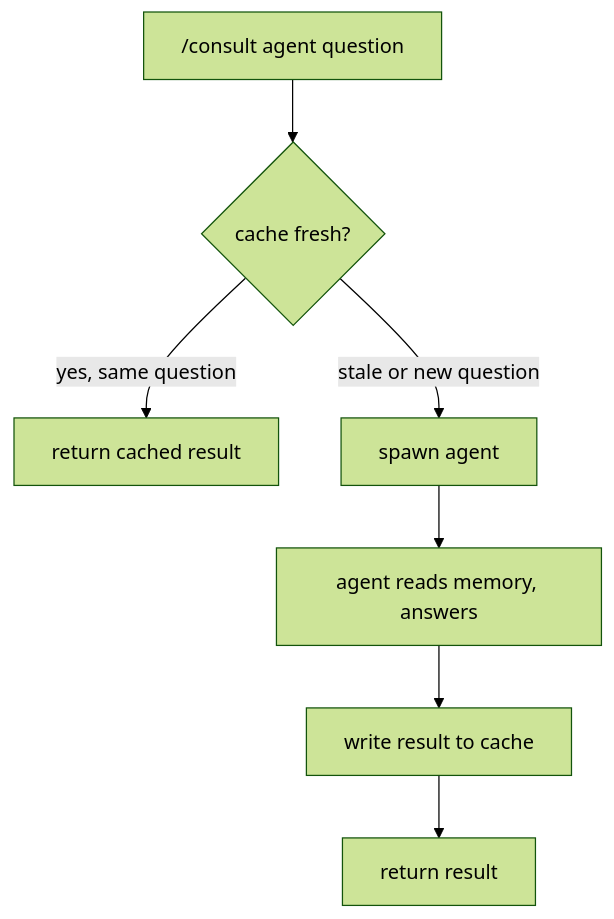
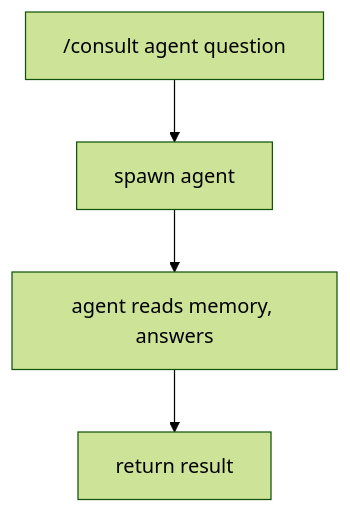
Before and after one commit to Kord96/kordinate: the diagram in docs/framework/consultation.md, drawn with Mermaid (forest theme). The commit also changed other lines of this file, not shown here.

First line of the commit message:
Clean consultation page: remove cache details, link to memory [scribe]

````diff
--- a/docs/framework/consultation.md
+++ b/docs/framework/consultation.md
@@ -15,9 +15,6 @@
 ```mermaid
 flowchart TD
-    Q["/consult agent question"] --> CH{cache fresh?}
-    CH -->|yes, same question| R[return cached result]
-    CH -->|stale or new question| SP[spawn agent]
+    Q["/consult agent question"] --> SP[spawn agent]
     SP --> A[agent reads memory, answers]
-    A --> W[write result to cache]
-    W --> RR[return result]
+    A --> RR[return result]
 ```
````
